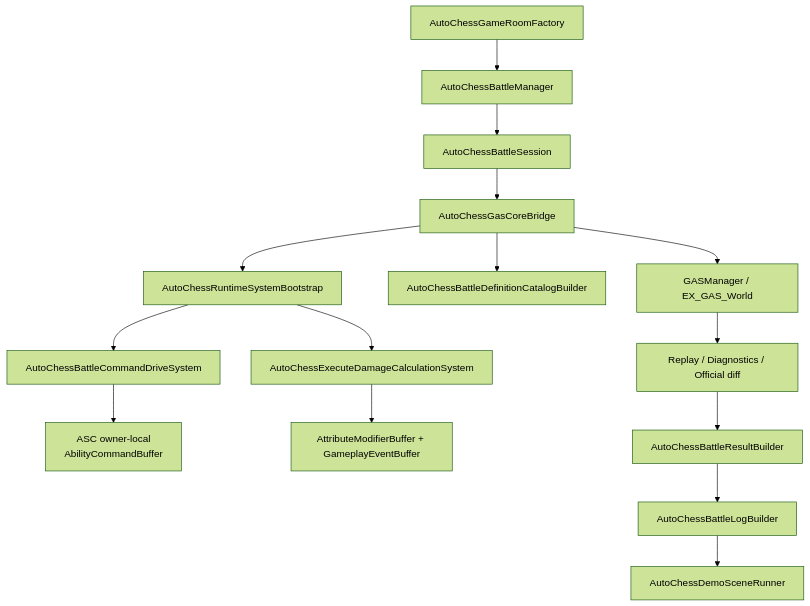
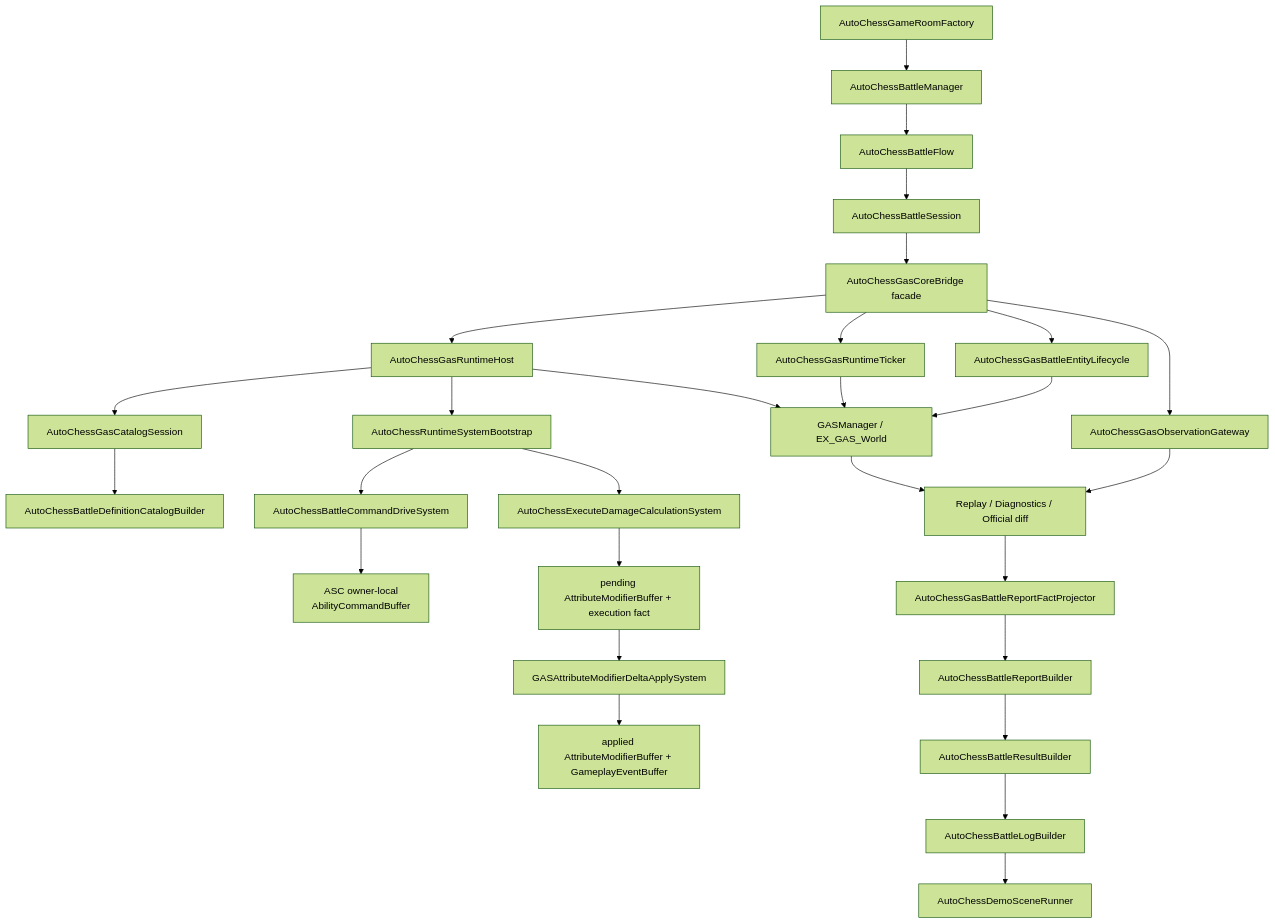
Before and after one commit to Bo-ki/gameplay-ability-system-for-unity: the diagram in 方案讨论/针对2.0的ECS架构的迭代方案讨论/00-当前架构事实/AutoChessDemo事实.md, drawn with Mermaid (forest theme). The commit also changed other lines of this file and 220 other files, not shown here.

Commit message:
runtime: 收束 GAS 运行时边界与AutoChess验证

````diff
--- a/方案讨论/针对2.0的ECS架构的迭代方案讨论/00-当前架构事实/AutoChessDemo事实.md
+++ b/方案讨论/针对2.0的ECS架构的迭代方案讨论/00-当前架构事实/AutoChessDemo事实.md
@@ -52,17 +58,30 @@
 ```mermaid
 flowchart TD
     Room["AutoChessGameRoomFactory"] --> Manager["AutoChessBattleManager"]
-    Manager --> Session["AutoChessBattleSession"]
-    Session --> Bridge["AutoChessGasCoreBridge"]
-    Bridge --> Runtime["GASManager / EX_GAS_World"]
-    Bridge --> Catalog["AutoChessBattleDefinitionCatalogBuilder"]
-    Bridge --> Bootstrap["AutoChessRuntimeSystemBootstrap"]
+    Manager --> Flow["AutoChessBattleFlow"]
+    Flow --> Session["AutoChessBattleSession"]
+    Session --> Bridge["AutoChessGasCoreBridge facade"]
+    Bridge --> Host["AutoChessGasRuntimeHost"]
+    Bridge --> Gateway["AutoChessGasObservationGateway"]
+    Bridge --> Lifecycle["AutoChessGasBattleEntityLifecycle"]
+    Bridge --> Ticker["AutoChessGasRuntimeTicker"]
+    Host --> Runtime["GASManager / EX_GAS_World"]
+    Host --> CatalogSession["AutoChessGasCatalogSession"]
+    CatalogSession --> Catalog["AutoChessBattleDefinitionCatalogBuilder"]
+    Host --> Bootstrap["AutoChessRuntimeSystemBootstrap"]
     Bootstrap --> Drive["AutoChessBattleCommandDriveSystem"]
     Bootstrap --> Execute["AutoChessExecuteDamageCalculationSystem"]
     Drive --> AbilityCommands["ASC owner-local\nAbilityCommandBuffer"]
-    Execute --> DeltasFacts["AttributeModifierBuffer + GameplayEventBuffer"]
+    Execute --> PendingDelta["pending AttributeModifierBuffer + execution fact"]
+    PendingDelta --> DeltaApply["GASAttributeModifierDeltaApplySystem"]
+    DeltaApply --> DeltasFacts["applied AttributeModifierBuffer + GameplayEventBuffer"]
+    Ticker --> Runtime
+    Lifecycle --> Runtime
     Runtime --> Observation["Replay / Diagnostics / Official diff"]
-    Observation --> Result["AutoChessBattleResultBuilder"]
+    Gateway --> Observation
+    Observation --> FactProjector["AutoChessGasBattleReportFactProjector"]
+    FactProjector --> Report["AutoChessBattleReportBuilder"]
+    Report --> Result["AutoChessBattleResultBuilder"]
     Result --> Log["AutoChessBattleLogBuilder"]
     Log --> Scene["AutoChessDemoSceneRunner"]
 ```
````
